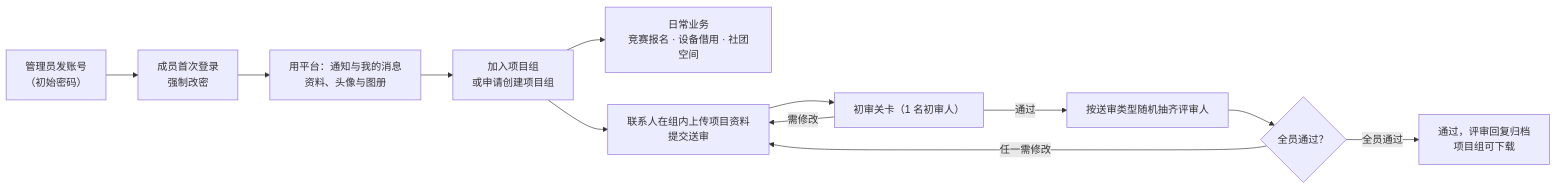
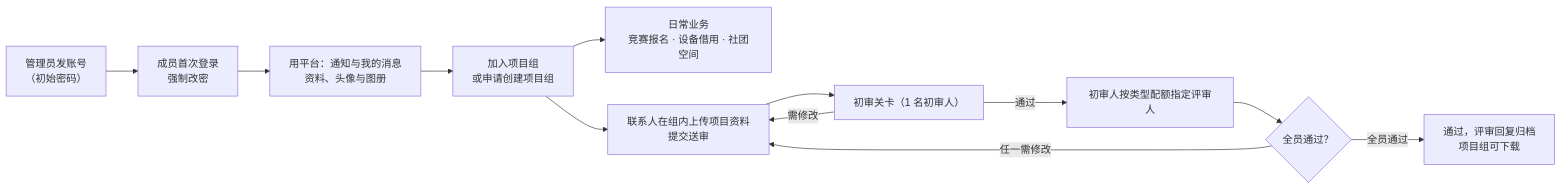
Before and after one commit to new-tocode/702platform: the diagram in docs/更新维护/业务流.md, drawn with Mermaid. The commit also changed other lines of this file and 3 other files, not shown here.

````diff
--- a/docs/更新维护/业务流.md
+++ b/docs/更新维护/业务流.md
@@ -17,14 +17,14 @@
 ```mermaid
 graph LR
     A["管理员发账号<br/>（初始密码）"] --> B["成员首次登录<br/>强制改密"]
     B --> C["用平台：通知与我的消息<br/>资料、头像与图册"]
     C --> D["加入项目组<br/>或申请创建项目组"]
     D --> E["日常业务<br/>竞赛报名 · 设备借用 · 社团空间"]
     D --> F["联系人在组内上传项目资料<br/>提交送审"]
     F --> G["初审关卡（1 名初审人）"]
     G -->|需修改| F
-    G -->|通过| H["按送审类型随机抽齐评审人"]
+    G -->|通过| H["初审人按类型配额指定评审人"]
     H --> I{"全员通过？"}
     I -->|任一需修改| F
     I -->|全员通过| J["通过，评审回复归档<br/>项目组可下载"]
 ```
````
